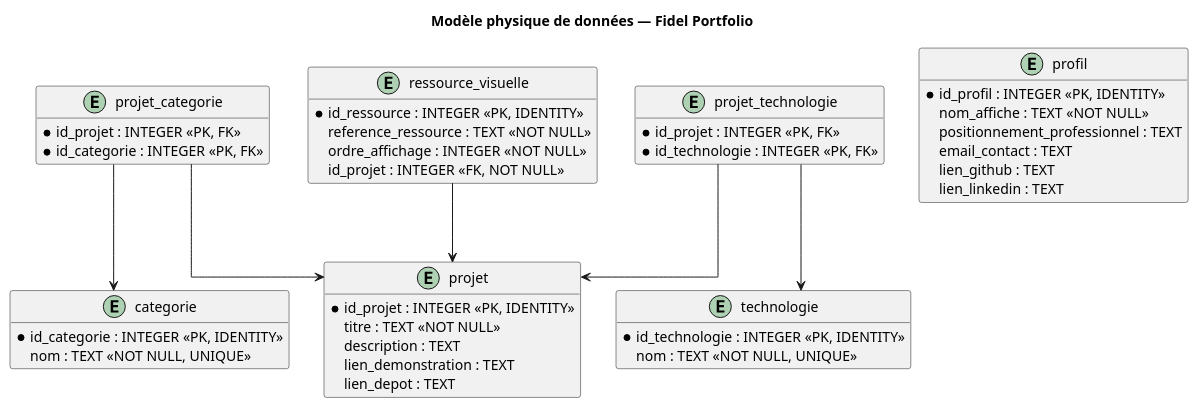
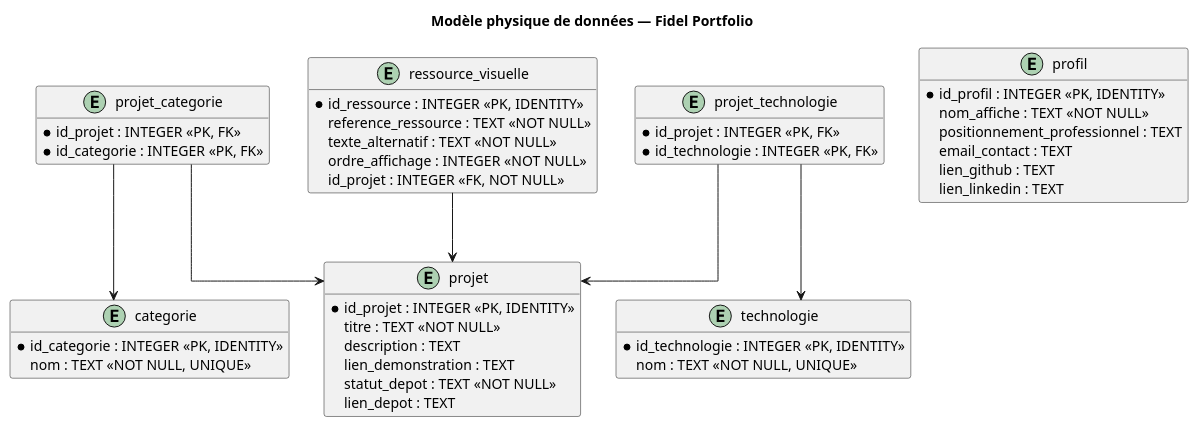
The diagram in docs/diagrams/data/mpd.puml (EcceAlgo/fidel-portfolio), drawn with PlantUML before and after one commit. The commit also changed 16 other files, not shown here.

Commit message:
📝 docs: harmoniser les spécifications et l’architecture

```diff
--- a/docs/diagrams/data/mpd.puml
+++ b/docs/diagrams/data/mpd.puml
@@ -1,62 +1,64 @@
 @startuml mpd
 
 title Modèle physique de données — Fidel Portfolio
 
 hide methods
 hide stereotypes
 skinparam linetype ortho
 skinparam shadowing false
 
 entity "projet" as Projet {
   * id_projet : INTEGER <<PK, IDENTITY>>
   titre : TEXT <<NOT NULL>>
   description : TEXT
   lien_demonstration : TEXT
+  statut_depot : TEXT <<NOT NULL>>
   lien_depot : TEXT
 }
 
 entity "categorie" as Categorie {
   * id_categorie : INTEGER <<PK, IDENTITY>>
   nom : TEXT <<NOT NULL, UNIQUE>>
 }
 
 entity "technologie" as Technologie {
   * id_technologie : INTEGER <<PK, IDENTITY>>
   nom : TEXT <<NOT NULL, UNIQUE>>
 }
 
 entity "ressource_visuelle" as RessourceVisuelle {
   * id_ressource : INTEGER <<PK, IDENTITY>>
   reference_ressource : TEXT <<NOT NULL>>
+  texte_alternatif : TEXT <<NOT NULL>>
   ordre_affichage : INTEGER <<NOT NULL>>
   id_projet : INTEGER <<FK, NOT NULL>>
 }
 
 entity "profil" as Profil {
   * id_profil : INTEGER <<PK, IDENTITY>>
   nom_affiche : TEXT <<NOT NULL>>
   positionnement_professionnel : TEXT
   email_contact : TEXT
   lien_github : TEXT
   lien_linkedin : TEXT
 }
 
 entity "projet_categorie" as ProjetCategorie {
   * id_projet : INTEGER <<PK, FK>>
   * id_categorie : INTEGER <<PK, FK>>
 }
 
 entity "projet_technologie" as ProjetTechnologie {
   * id_projet : INTEGER <<PK, FK>>
   * id_technologie : INTEGER <<PK, FK>>
 }
 
 ProjetCategorie --> Projet
 ProjetCategorie --> Categorie
 
 ProjetTechnologie --> Projet
 ProjetTechnologie --> Technologie
 
 RessourceVisuelle --> Projet
 
 @enduml
```
